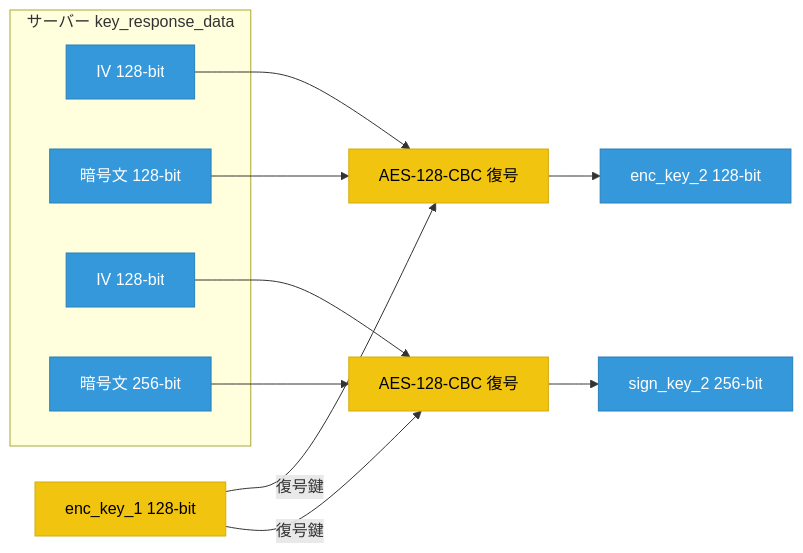
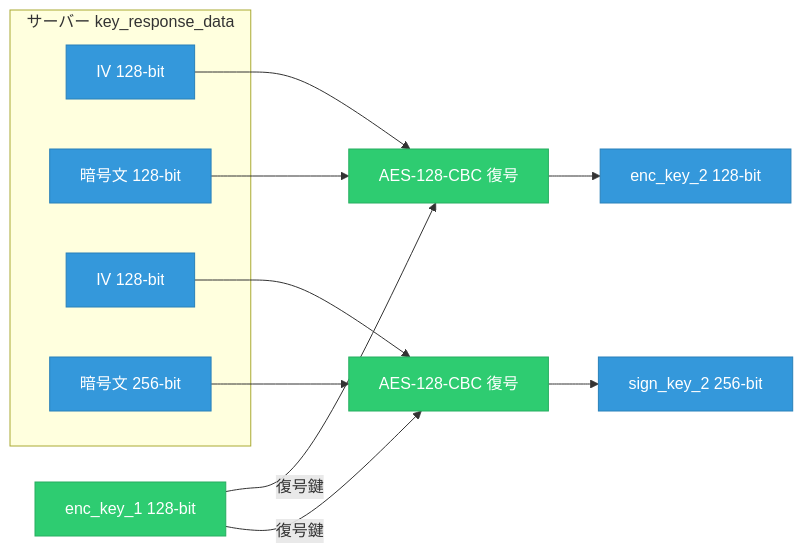
Before and after one commit to qtmleap/revkit: the ninth of 9 diagrams in docs/spec/msl_key_relationship.md, drawn with Mermaid. The commit also changed other lines of this file, not shown here.

First line of the commit message:
docs(spec): 鍵関係図を全面更新 — key 33.6 構造図追加、全ノード解明済み

````diff
--- a/docs/spec/msl_key_relationship.md
+++ b/docs/spec/msl_key_relationship.md
@@ -243,32 +245,32 @@
 ```mermaid
 graph LR
     subgraph "サーバー key_response_data"
         IV1["IV 128-bit"]
         CT1["暗号文 128-bit"]
         IV2["IV 128-bit"]
         CT2["暗号文 256-bit"]
     end
 
     ENC1["enc_key_1 128-bit"] -->|復号鍵| DEC1["AES-128-CBC 復号"]
     IV1 --> DEC1
     CT1 --> DEC1
     DEC1 --> ENC2["enc_key_2 128-bit"]
 
     ENC1 -->|復号鍵| DEC2["AES-128-CBC 復号"]
     IV2 --> DEC2
     CT2 --> DEC2
     DEC2 --> SIGN2["sign_key_2 256-bit"]
 
-    %% 黄: 計算可能
-    style ENC1 fill:#f1c40f,stroke:#d4ac0f,color:#000
-    style DEC1 fill:#f1c40f,stroke:#d4ac0f,color:#000
-    style DEC2 fill:#f1c40f,stroke:#d4ac0f,color:#000
+    %% 緑: 計算可能
+    style ENC1 fill:#2ecc71,stroke:#27ae60,color:#fff
+    style DEC1 fill:#2ecc71,stroke:#27ae60,color:#fff
+    style DEC2 fill:#2ecc71,stroke:#27ae60,color:#fff
 
     %% 青: サーバーレスポンス由来
     style IV1 fill:#3498db,stroke:#2980b9,color:#fff
     style CT1 fill:#3498db,stroke:#2980b9,color:#fff
     style IV2 fill:#3498db,stroke:#2980b9,color:#fff
     style CT2 fill:#3498db,stroke:#2980b9,color:#fff
     style ENC2 fill:#3498db,stroke:#2980b9,color:#fff
     style SIGN2 fill:#3498db,stroke:#2980b9,color:#fff
 ```
````
